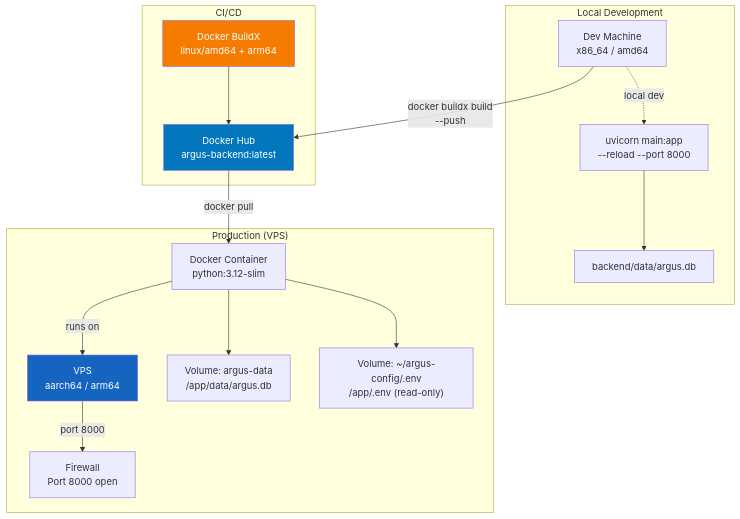
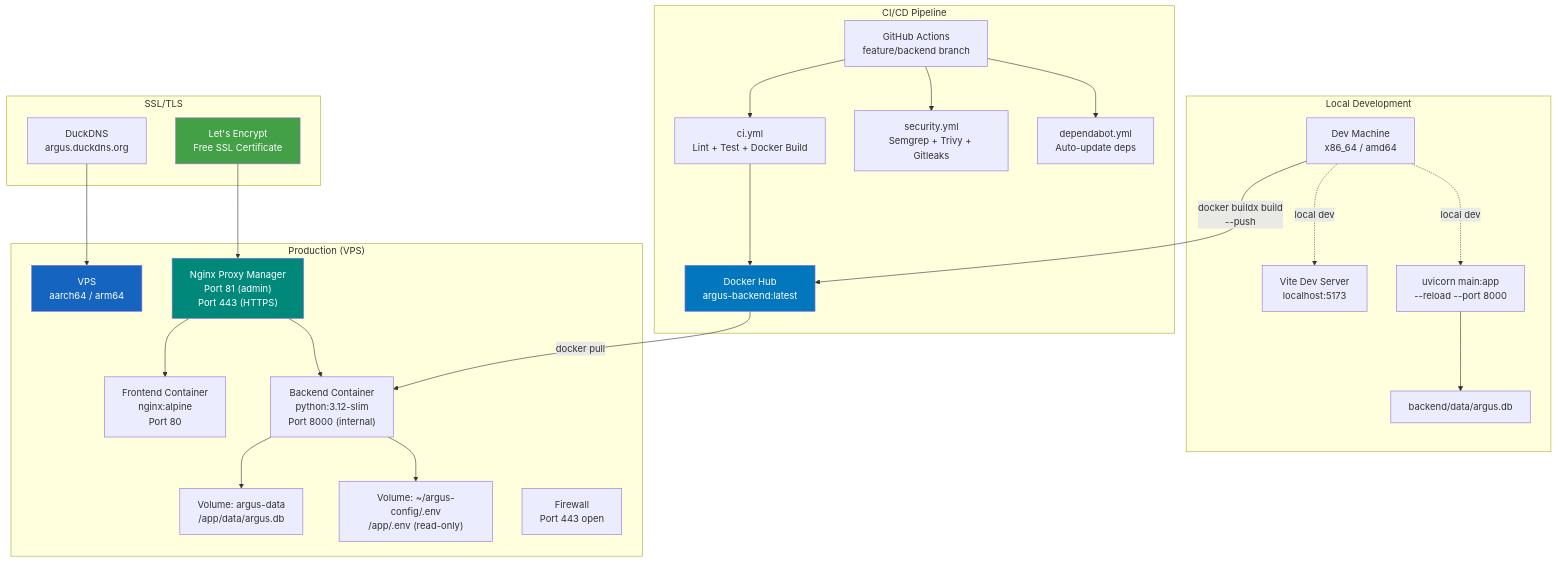
One commit to vibecode-team7/ARGUS changed the seventh of 9 diagrams in docs/architecture.md. Above: the diagram before and after it, drawn with Mermaid. The commit also changed other lines of this file and 8 other files, not shown here.

First line of the commit message:
fix: semgrep blocking findings, CORS env var, non-root Docker users

````diff
--- a/docs/architecture.md
+++ b/docs/architecture.md
@@ -237,37 +247,55 @@
 ```mermaid
 graph TB
     subgraph "Local Development"
         DEV["Dev Machine<br>x86_64 / amd64"]
         UVICORN["uvicorn main:app<br>--reload --port 8000"]
+        VITE["Vite Dev Server<br>localhost:5173"]
         LOCAL_DB["backend/data/argus.db"]
     end
 
     subgraph "Production (VPS)"
         VPS["VPS<br>aarch64 / arm64"]
-        DOCKER["Docker Container<br>python:3.12-slim"]
+        NPM["Nginx Proxy Manager<br>Port 81 (admin)<br>Port 443 (HTTPS)"]
+        FE_CONTAINER["Frontend Container<br>nginx:alpine<br>Port 80"]
+        BE_CONTAINER["Backend Container<br>python:3.12-slim<br>Port 8000 (internal)"]
         VOL_DATA["Volume: argus-data<br>/app/data/argus.db"]
         VOL_ENV["Volume: ~/argus-config/.env<br>/app/.env (read-only)"]
-        UFW["Firewall<br>Port 8000 open"]
+        UFW["Firewall<br>Port 443 open"]
     end
 
-    subgraph "CI/CD"
-        BUILDX["Docker BuildX<br>linux/amd64 + arm64"]
+    subgraph "CI/CD Pipeline"
+        GITHUB["GitHub Actions<br>feature/backend branch"]
+        CI["ci.yml<br>Lint + Test + Docker Build"]
+        SECURITY["security.yml<br>Semgrep + Trivy + Gitleaks"]
+        DEPENDABOT["dependabot.yml<br>Auto-update deps"]
         HUB["Docker Hub<br>argus-backend:latest"]
     end
 
+    subgraph "SSL/TLS"
+        DUCKDNS["DuckDNS<br>argus.duckdns.org"]
+        LETSENCRYPT["Let's Encrypt<br>Free SSL Certificate"]
+    end
+
     DEV -->|"docker buildx build<br>--push"| HUB
-    BUILDX --> HUB
+    GITHUB --> CI
+    GITHUB --> SECURITY
+    GITHUB --> DEPENDABOT
+    CI --> HUB
 
-    HUB -->|"docker pull"| DOCKER
-    DOCKER --> VOL_DATA
-    DOCKER --> VOL_ENV
-    DOCKER -->|"runs on"| VPS
-    VPS -->|"port 8000"| UFW
+    HUB -->|"docker pull"| BE_CONTAINER
+    BE_CONTAINER --> VOL_DATA
+    BE_CONTAINER --> VOL_ENV
+    NPM --> FE_CONTAINER
+    NPM --> BE_CONTAINER
+    DUCKDNS --> VPS
+    LETSENCRYPT --> NPM
 
+    DEV -.->|local dev| VITE
     DEV -.->|local dev| UVICORN
     UVICORN --> LOCAL_DB
 
     style VPS fill:#1565C0,color:#fff
     style HUB fill:#0277BD,color:#fff
-    style BUILDX fill:#F57C00,color:#fff
+    style NPM fill:#00897B,color:#fff
+    style LETSENCRYPT fill:#43A047,color:#fff
 ```
````
